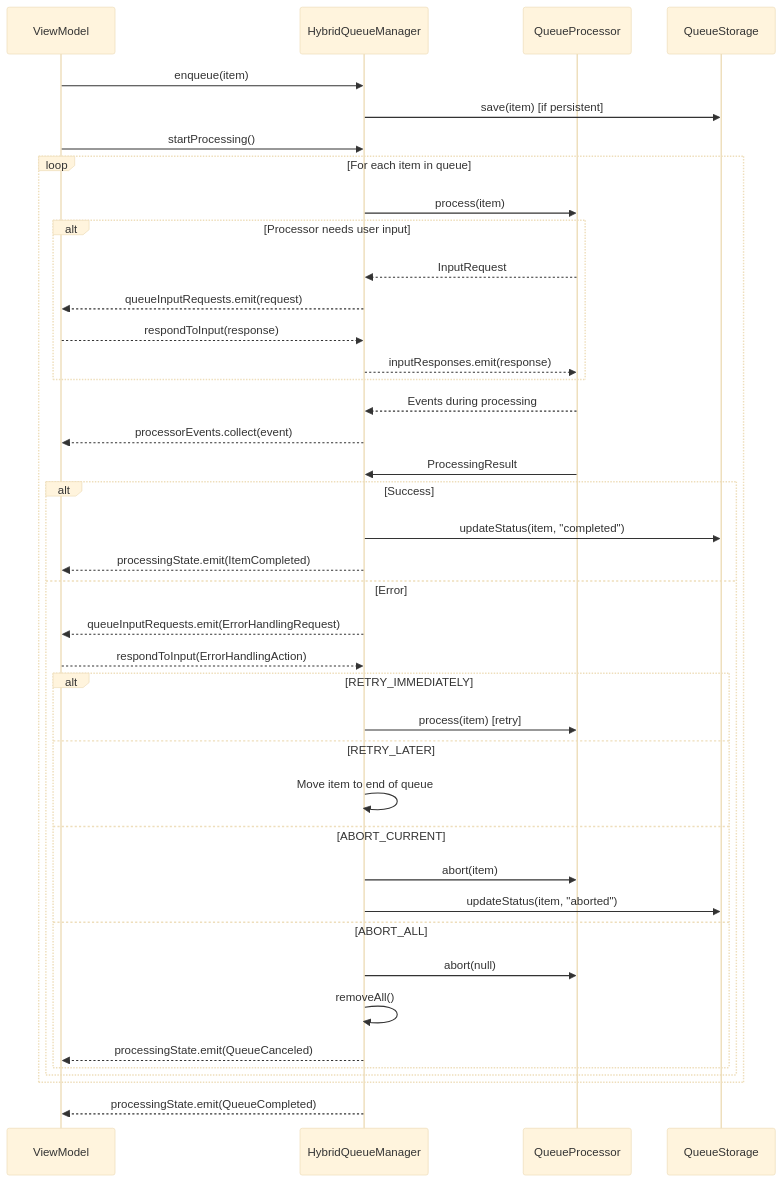
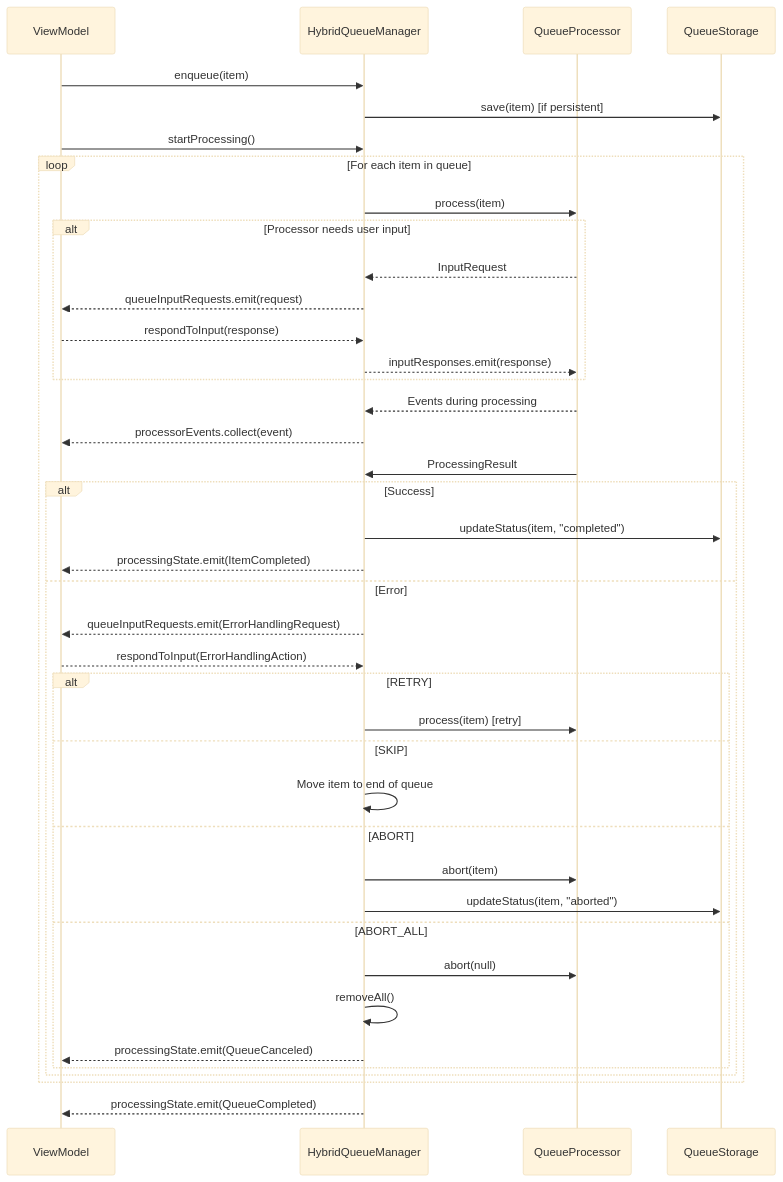
One commit to Spardevs/aurora-trip changed the first of 2 diagrams in app/src/main/java/br/com/ticpass/pos/queue/README.md. Above: the diagram before and after it, drawn with Mermaid (base theme). The commit also changed other lines of this file and 26 other files, not shown here.

````diff
--- a/app/src/main/java/br/com/ticpass/pos/queue/README.md
+++ b/app/src/main/java/br/com/ticpass/pos/queue/README.md
@@ -17,50 +17,50 @@
 ```mermaid
 sequenceDiagram
     participant VM as ViewModel
     participant HQM as HybridQueueManager
     participant QP as QueueProcessor
     participant QS as QueueStorage
     
     VM->>HQM: enqueue(item)
     HQM->>QS: save(item) [if persistent]
     VM->>HQM: startProcessing()
     
     loop For each item in queue
         HQM->>QP: process(item)
         
         alt Processor needs user input
             QP-->>HQM: InputRequest
             HQM-->>VM: queueInputRequests.emit(request)
             VM-->>HQM: respondToInput(response)
             HQM-->>QP: inputResponses.emit(response)
         end
         
         QP-->>HQM: Events during processing
         HQM-->>VM: processorEvents.collect(event)
         
         QP->>HQM: ProcessingResult
         
         alt Success
             HQM->>QS: updateStatus(item, "completed")
             HQM-->>VM: processingState.emit(ItemCompleted)
         else Error
             HQM-->>VM: queueInputRequests.emit(ErrorHandlingRequest)
             VM-->>HQM: respondToInput(ErrorHandlingAction)
             
-            alt RETRY_IMMEDIATELY
+            alt RETRY
                 HQM->>QP: process(item) [retry]
-            else RETRY_LATER
+            else SKIP
                 HQM->>HQM: Move item to end of queue
-            else ABORT_CURRENT
+            else ABORT
                 HQM->>QP: abort(item)
                 HQM->>QS: updateStatus(item, "aborted")
             else ABORT_ALL
                 HQM->>QP: abort(null)
                 HQM->>HQM: removeAll()
                 HQM-->>VM: processingState.emit(QueueCanceled)
             end
         end
     end
     
     HQM-->>VM: processingState.emit(QueueCompleted)
 ```
````
